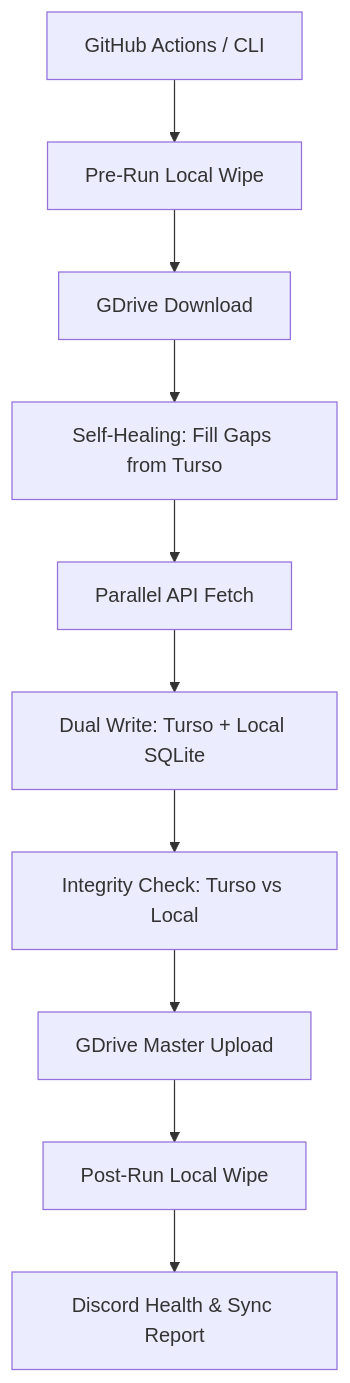
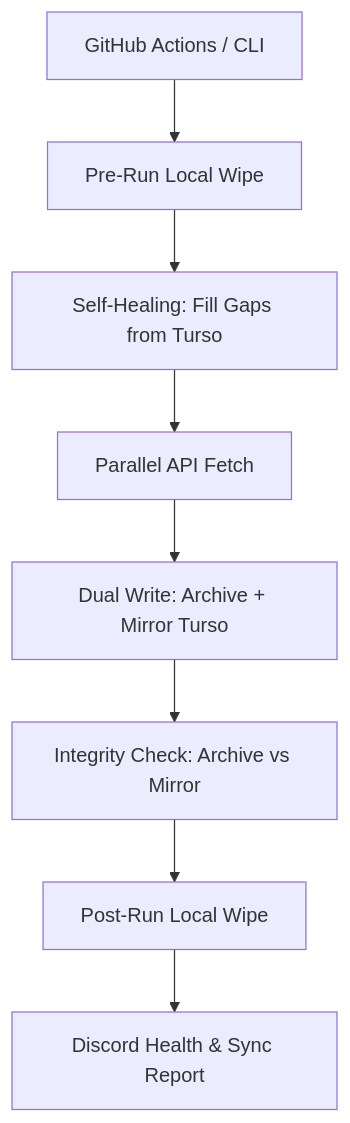
Before and after one commit to emadprograms/data-harvester: the diagram in docs/system_architecture.md, drawn with Mermaid. The commit also changed other lines of this file and 7 other files, not shown here.

Commit message:
docs: remove Google Drive references, update system architecture (v5.0), and consolidate GEMINI.md

````diff
--- a/docs/system_architecture.md
+++ b/docs/system_architecture.md
@@ -29,12 +28,10 @@
 ```mermaid
 graph TD
     Trigger[GitHub Actions / CLI] --> Wipe[Pre-Run Local Wipe]
-    Wipe --> Download[GDrive Download]
-    Download --> Repair[Self-Healing: Fill Gaps from Turso]
+    Wipe --> Repair[Self-Healing: Fill Gaps from Turso]
     Repair --> Harvest[Parallel API Fetch]
-    Harvest --> Storage[Dual Write: Turso + Local SQLite]
-    Storage --> Integrity[Integrity Check: Turso vs Local]
-    Integrity --> Upload[GDrive Master Upload]
-    Upload --> Cleanup[Post-Run Local Wipe]
+    Harvest --> Storage[Dual Write: Archive + Mirror Turso]
+    Storage --> Integrity[Integrity Check: Archive vs Mirror]
+    Integrity --> Cleanup[Post-Run Local Wipe]
     Cleanup --> Notify[Discord Health & Sync Report]
 ```
````
